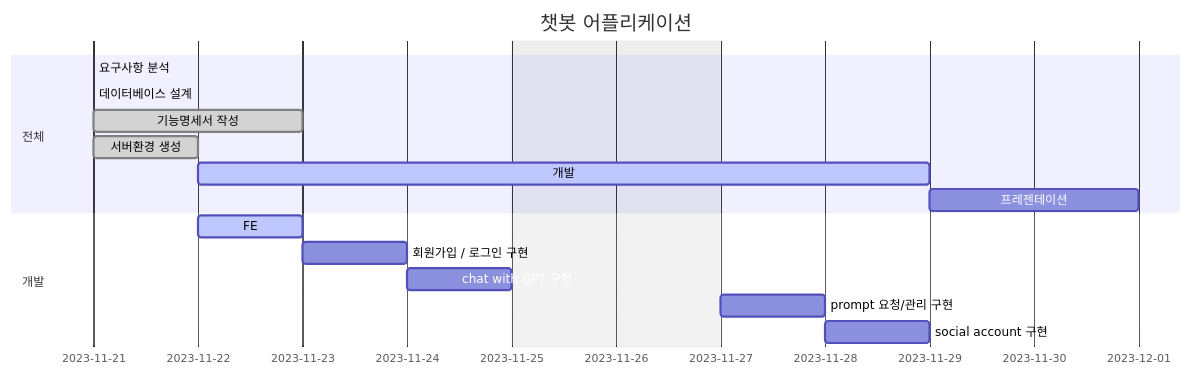
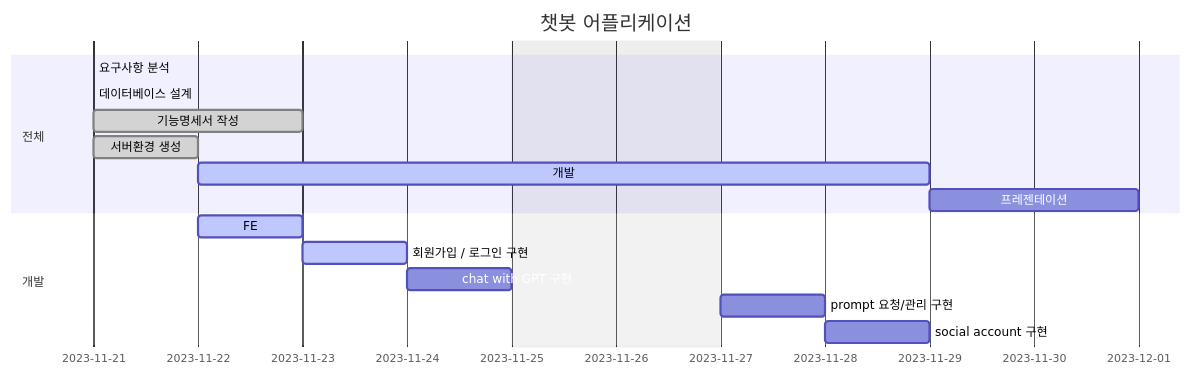
One commit to jmp7911/mid2_django_drf changed the first of 2 diagrams in readme.md. Above: the diagram before and after it, drawn with Mermaid. The commit also changed other lines of this file and 57 other files, not shown here.

````diff
--- a/readme.md
+++ b/readme.md
@@ -47,25 +47,25 @@
 ```mermaid
 gantt
     dateFormat  YYYY-MM-DD
     title       챗봇 어플리케이션
     excludes    weekends
     %% (`excludes` accepts specific dates in YYYY-MM-DD format, days of the week ("sunday") or "weekends", but not the word "weekdays".)
 
     section  전체
     요구사항 분석            :done,    des1, 2023-11-21, 0d
     데이터베이스 설계         :done,  des, 2023-11-21, 0d
     기능명세서 작성         :done,  des2, 2023-11-21, 2d
     서버환경 생성         :done,  des3, 2023-11-21, 1d
     개발                   :active, des4, after des3, 5d
     프레젠테이션             :des5, after des4, 2d
 
     section  개발
     FE            : active,   dev1, after des3, 1d
-    회원가입 / 로그인 구현 :   dev2, after dev1, 1d
+    회원가입 / 로그인 구현 :active,   dev2, after dev1, 1d
     chat with GPT 구현 :   dev3, after dev2, 1d
     prompt 요청/관리 구현 :   dev4, after dev3, 1d 
     social account 구현 :   dev5, after dev4, 1d 
 
     
     
 ```
````
